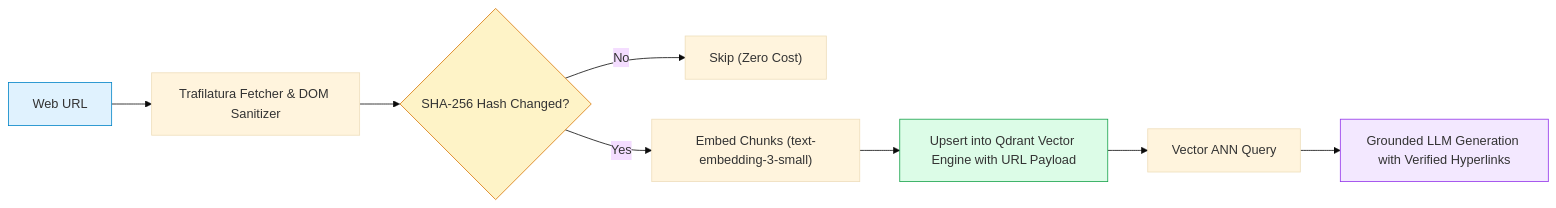
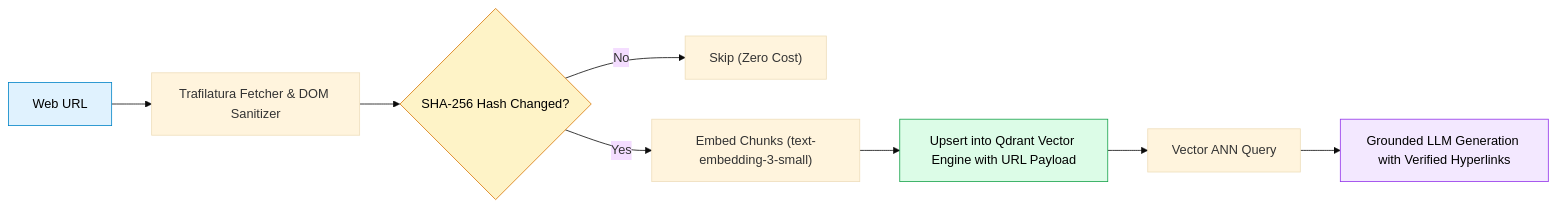
The third of 3 diagrams in 10-Hands-On-Projects/04-Website-RAG-Chatbot/README.md (swapnil3104/RAG-Engineering), drawn with Mermaid (base theme) before and after one commit. The commit also changed other lines of this file and 108 other files, not shown here.

Commit message:
fix: make chart text visible across all Mermaid diagrams and resolve markdown table formatting issues

````diff
--- a/10-Hands-On-Projects/04-Website-RAG-Chatbot/README.md
+++ b/10-Hands-On-Projects/04-Website-RAG-Chatbot/README.md
@@ -447,15 +447,15 @@
 ```mermaid
 flowchart LR
     URL["Web URL"] --> Fetcher["Trafilatura Fetcher & DOM Sanitizer"]
     Fetcher --> HashCheck{"SHA-256 Hash Changed?"}
     HashCheck -- No --> Skip["Skip (Zero Cost)"]
     HashCheck -- Yes --> Embed["Embed Chunks (text-embedding-3-small)"]
     Embed --> Qdrant["Upsert into Qdrant Vector Engine with URL Payload"]
     Qdrant --> Search["Vector ANN Query"]
     Search --> LLM["Grounded LLM Generation with Verified Hyperlinks"]
 
-    style URL fill:#e0f2fe,stroke:#0284c7
-    style HashCheck fill:#fef3c7,stroke:#d97706
-    style Qdrant fill:#dcfce7,stroke:#16a34a
-    style LLM fill:#f3e8ff,stroke:#9333ea
+    style URL fill:#e0f2fe,stroke:#0284c7,color:#000000
+    style HashCheck fill:#fef3c7,stroke:#d97706,color:#000000
+    style Qdrant fill:#dcfce7,stroke:#16a34a,color:#000000
+    style LLM fill:#f3e8ff,stroke:#9333ea,color:#000000
 ```
````
